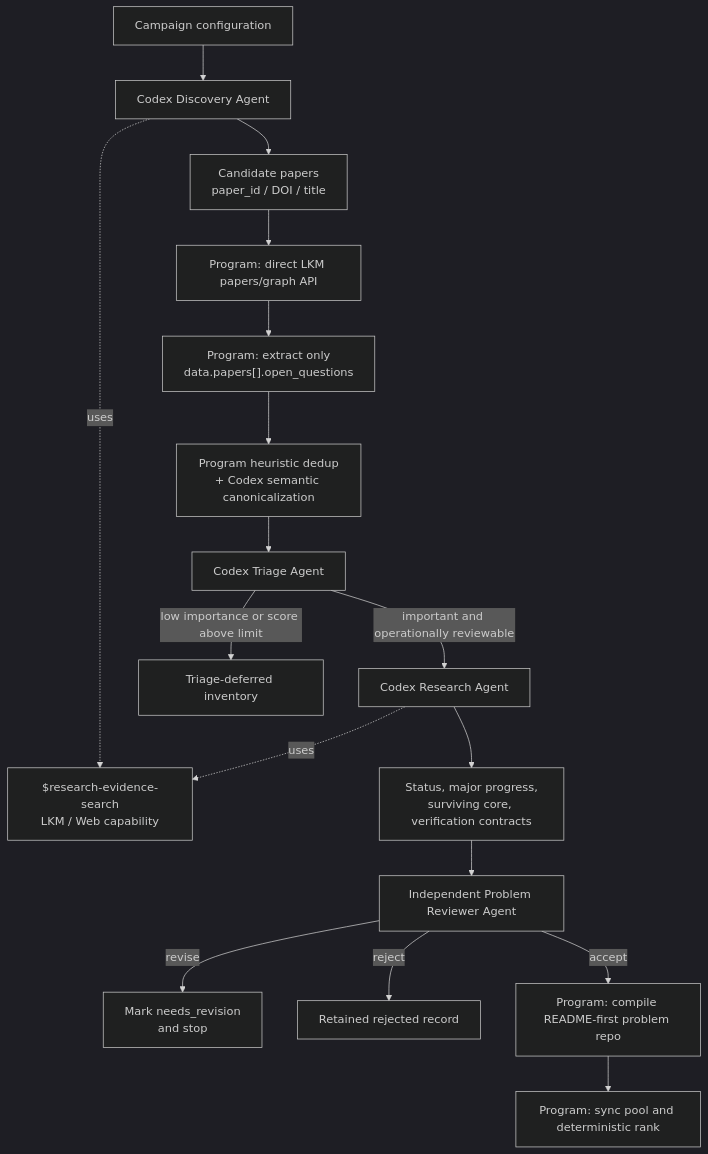
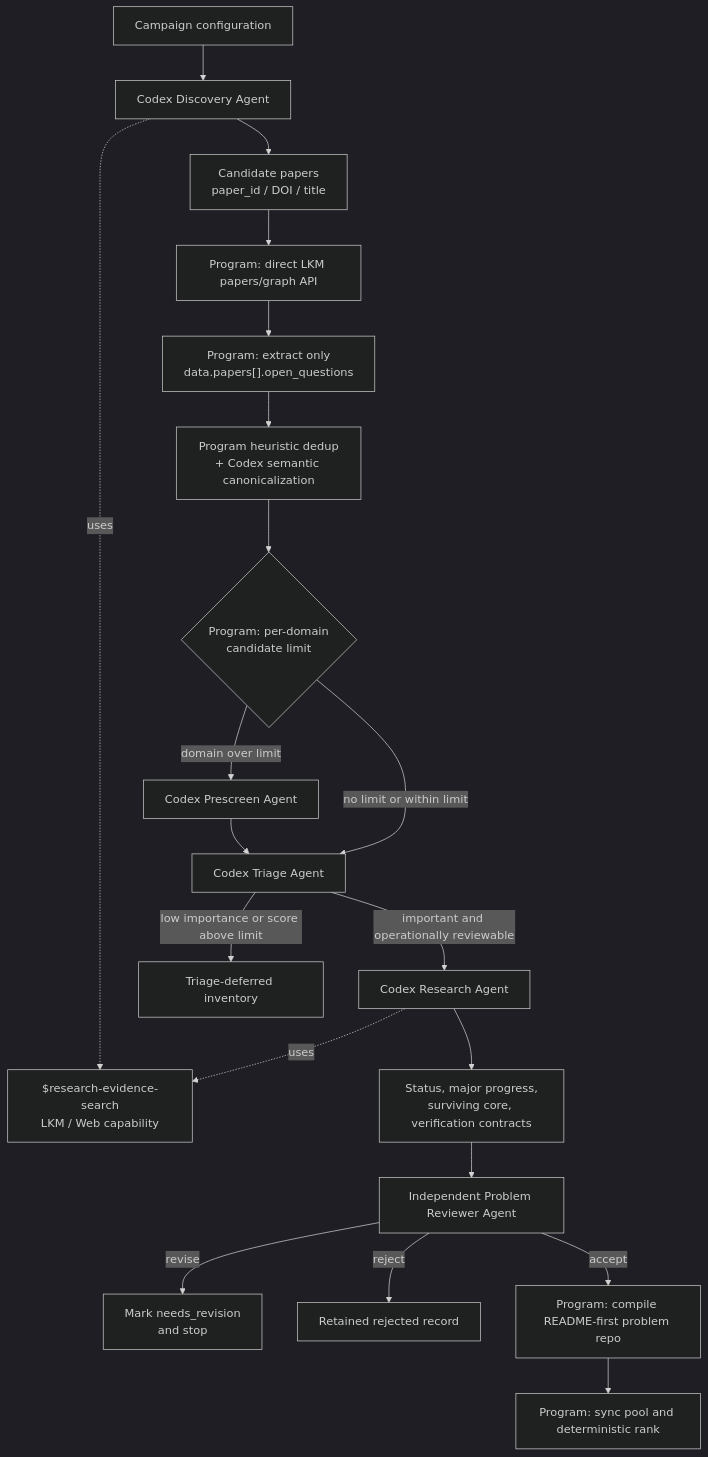
Before and after one commit to kunyuan/open-research-discovery: the diagram in docs/discovery-pipeline.md, drawn with Mermaid (dark theme). The commit also changed other lines of this file and 1 other file, not shown here.

````diff
--- a/docs/discovery-pipeline.md
+++ b/docs/discovery-pipeline.md
@@ -8,19 +8,22 @@
 ```mermaid
 flowchart TD
     C["Campaign configuration"] --> D["Codex Discovery Agent"]
     D -. "uses" .-> S["$research-evidence-search<br/>LKM / Web capability"]
     D --> P["Candidate papers<br/>paper_id / DOI / title"]
     P --> A["Program: direct LKM papers/graph API"]
     A --> O["Program: extract only<br/>data.papers[].open_questions"]
     O --> H["Program heuristic dedup<br/>+ Codex semantic canonicalization"]
-    H --> T["Codex Triage Agent"]
-    T -->|"low importance or score above limit"| L["Triage-deferred inventory"]
+    H --> L{"Program: per-domain<br/>candidate limit"}
+    L -->|"domain over limit"| PS["Codex Prescreen Agent"]
+    L -->|"no limit or within limit"| T["Codex Triage Agent"]
+    PS --> T
+    T -->|"low importance or score above limit"| L2["Triage-deferred inventory"]
     T -->|"important and operationally reviewable"| R["Codex Research Agent"]
     R -. "uses" .-> S
     R --> E["Status, major progress,<br/>surviving core, verification contracts"]
     E --> V["Independent Problem Reviewer Agent"]
     V -->|"revise"| N["Mark needs_revision<br/>and stop"]
     V -->|"reject"| X["Retained rejected record"]
     V -->|"accept"| G["Program: compile README-first problem repo"]
     G --> Y["Program: sync pool and deterministic rank"]
 ```
````
